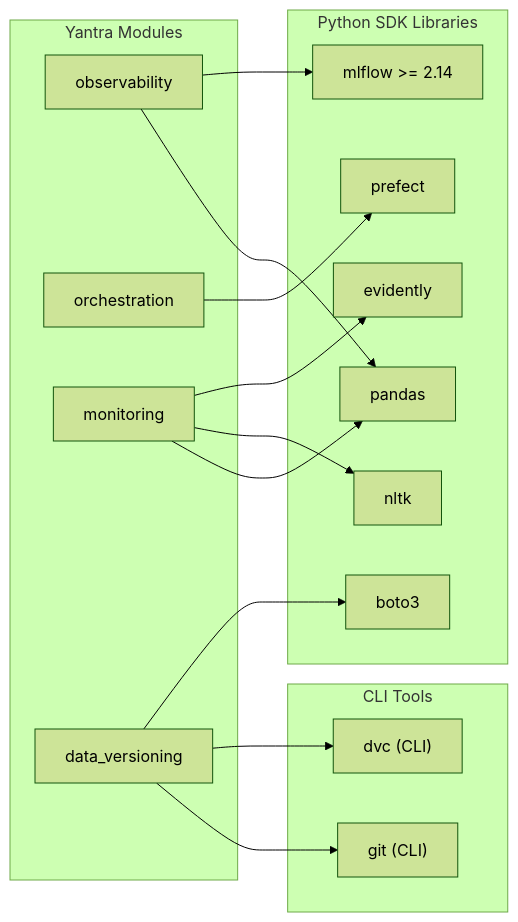
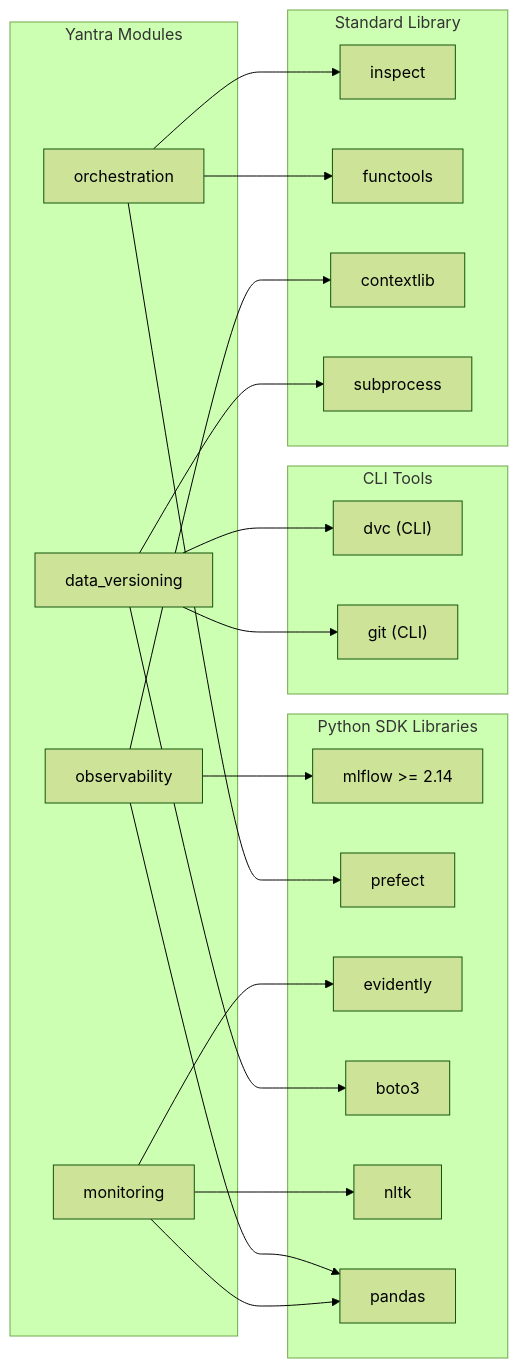
One commit to NikhilVijayakumar/Yantra changed the second of 2 diagrams in docs/paper/cross_module/dependencies.md. Above: the diagram before and after it, drawn with Mermaid (forest theme). The commit also changed other lines of this file and 24 other files, not shown here.

````diff
--- a/docs/paper/cross_module/dependencies.md
+++ b/docs/paper/cross_module/dependencies.md
@@ -122,33 +156,44 @@
 ```mermaid
 flowchart LR
     subgraph "Yantra Modules"
         OBS["observability"]
         ORC["orchestration"]
         MON["monitoring"]
         DV["data_versioning"]
     end
 
     subgraph "Python SDK Libraries"
         MLF["mlflow >= 2.14"]
         PF["prefect"]
         EV["evidently"]
         B3["boto3"]
         NK["nltk"]
         PD["pandas"]
     end
 
     subgraph "CLI Tools"
         DVC["dvc (CLI)"]
         GIT["git (CLI)"]
     end
 
+    subgraph "Standard Library"
+        INS["inspect"]
+        FN["functools"]
+        CTX["contextlib"]
+        SP["subprocess"]
+    end
+
     OBS --> MLF
     OBS --> PD
+    OBS --> CTX
     ORC --> PF
+    ORC --> INS
+    ORC --> FN
     MON --> EV
     MON --> NK
     MON --> PD
     DV --> B3
+    DV --> SP
     DV --> DVC
     DV --> GIT
 ```
````
